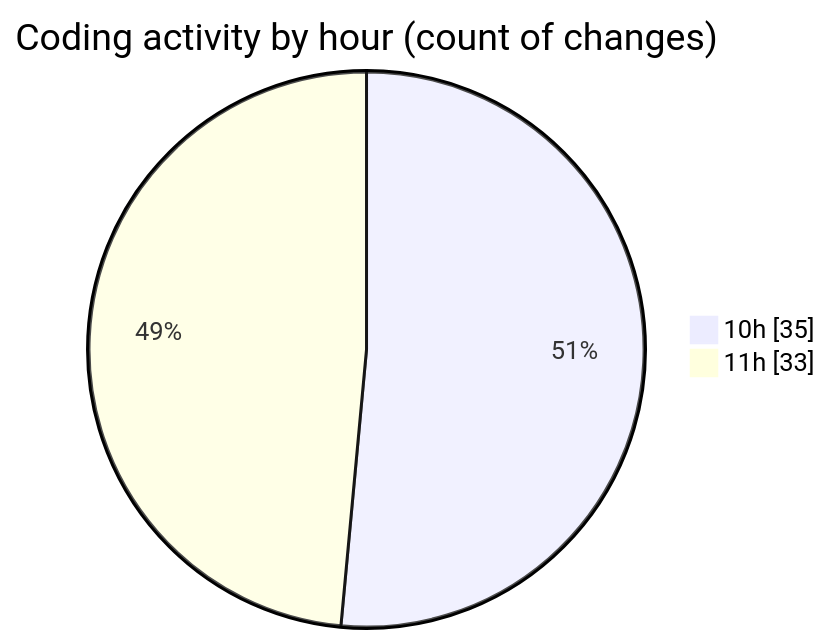
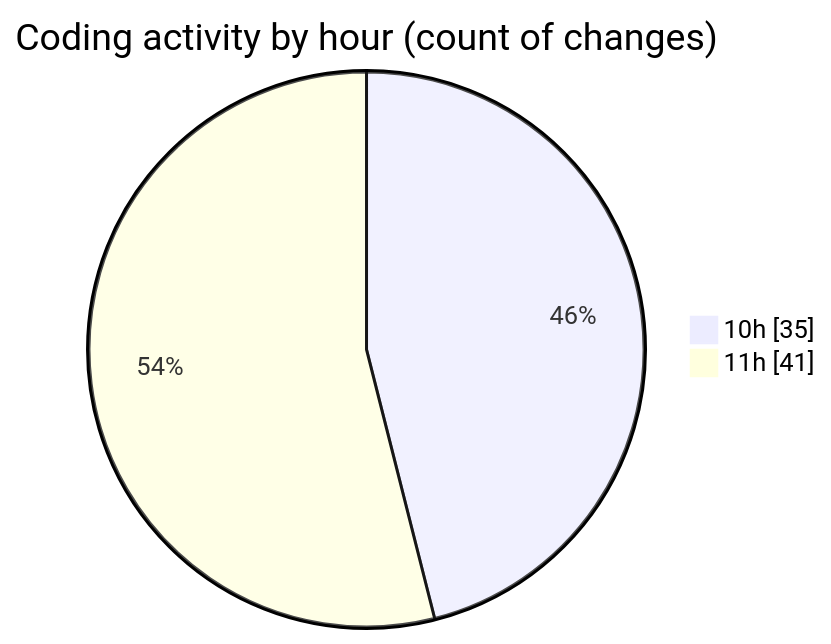
The second of 2 diagrams in 2025-03-28/cda/README.md (momahboobian/code-tracking), drawn with Mermaid before and after one commit. The commit also changed other lines of this file and 1 other file, not shown here.

````diff
--- a/2025-03-28/cda/README.md
+++ b/2025-03-28/cda/README.md
@@ -32,6 +32,6 @@
 ```mermaid
 pie showData
 title Coding activity by hour (count of changes)
 "10h" : 35
-"11h" : 33
+"11h" : 41
 ```
````
